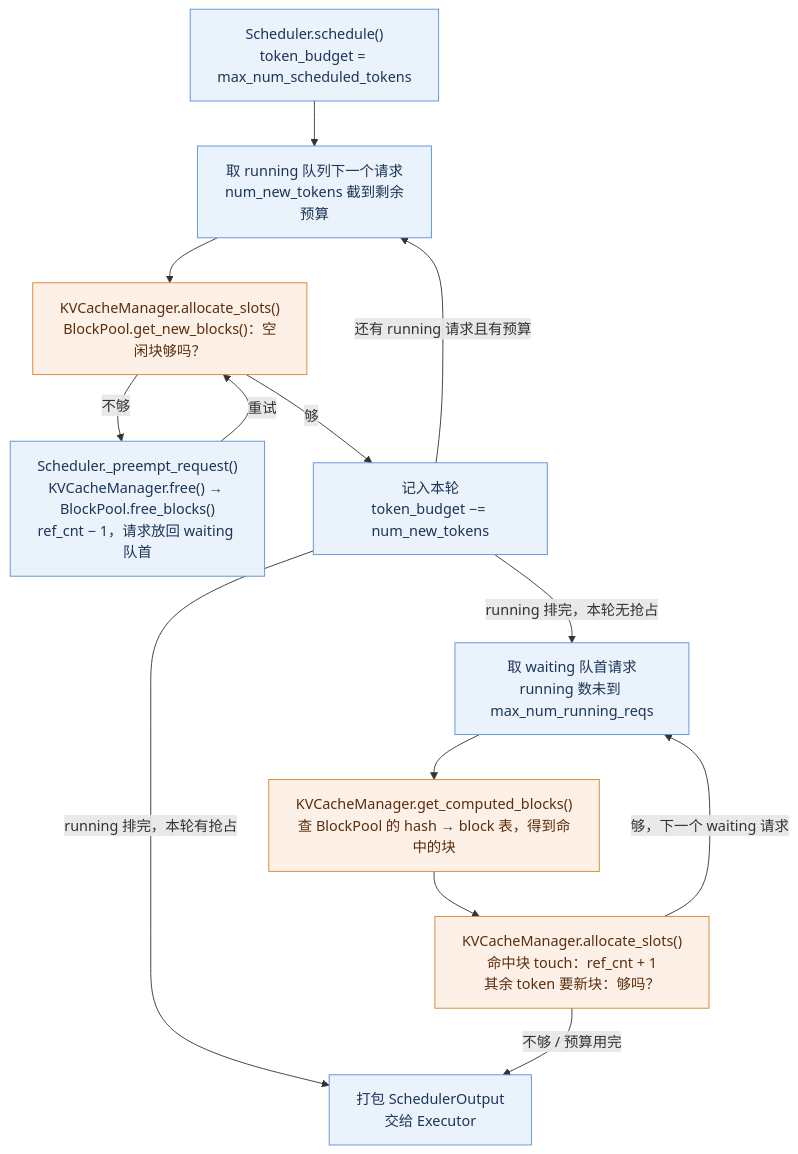
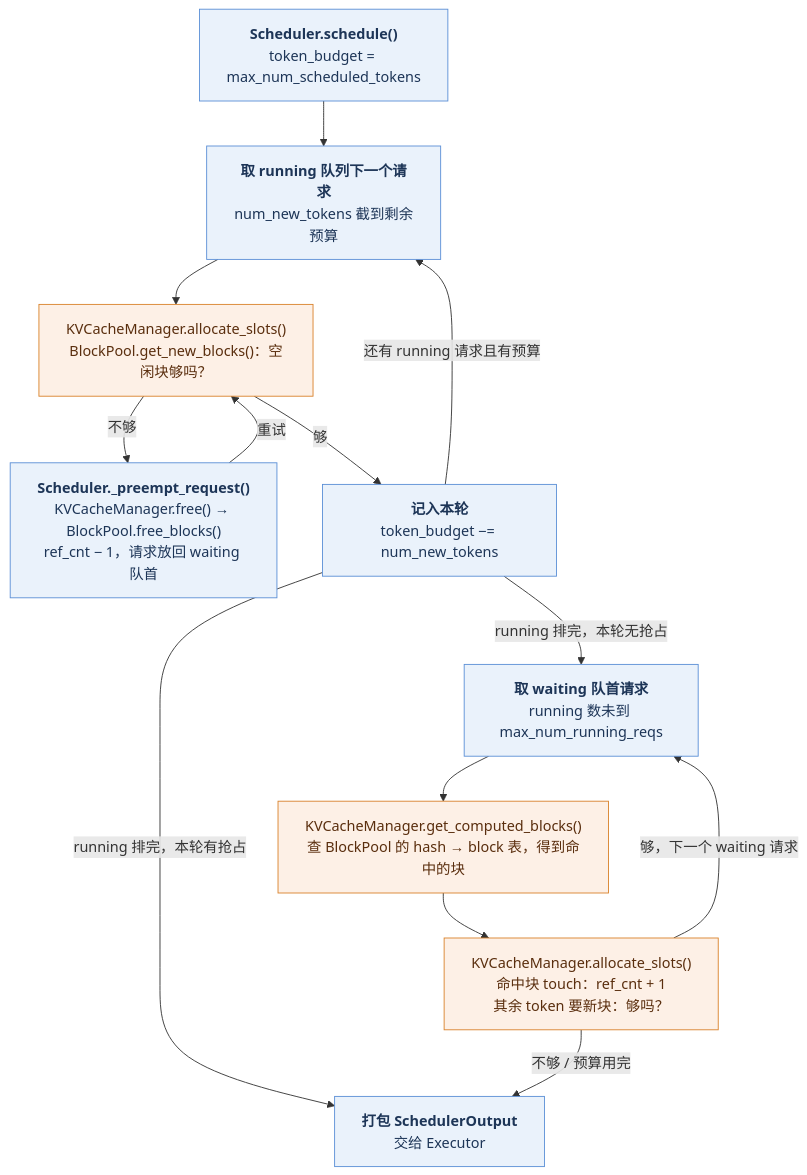
The second of 4 diagrams in _posts/2026-08-14-vllm-request-lifecycle-overview.md (arganzheng/arganzheng.github.com), drawn with Mermaid before and after one commit. The commit also changed other lines of this file and 14 other files, not shown here.

First line of the commit message:
大模型推理系统揭秘：从 vLLM 看 LLM Serving Infra 核心技术：Mermaid 多行方框的首行标为标题（15 篇）

````diff
--- a/_posts/2026-08-14-vllm-request-lifecycle-overview.md
+++ b/_posts/2026-08-14-vllm-request-lifecycle-overview.md
@@ -170,31 +170,31 @@
 ```mermaid
 %% 图：一次 schedule() 里 Scheduler、KVCacheManager 与 BlockPool 的交互：先排 running、块不够就抢占，再接纳 waiting
 flowchart TB
-    S["Scheduler.schedule()<br/>token_budget = max_num_scheduled_tokens"]
-    R["取 running 队列下一个请求<br/>num_new_tokens 截到剩余预算"]
+    S["<b>Scheduler.schedule()</b><br/>token_budget = max_num_scheduled_tokens"]
+    R["<b>取 running 队列下一个请求</b><br/>num_new_tokens 截到剩余预算"]
     A["KVCacheManager.allocate_slots()<br/>BlockPool.get_new_blocks()：空闲块够吗？"]
-    P["Scheduler._preempt_request()<br/>KVCacheManager.free() → BlockPool.free_blocks()<br/>ref_cnt − 1，请求放回 waiting 队首"]
-    OK["记入本轮<br/>token_budget −= num_new_tokens"]
-    W["取 waiting 队首请求<br/>running 数未到 max_num_running_reqs"]
+    P["<b>Scheduler._preempt_request()</b><br/>KVCacheManager.free() → BlockPool.free_blocks()<br/>ref_cnt − 1，请求放回 waiting 队首"]
+    OK["<b>记入本轮</b><br/>token_budget −= num_new_tokens"]
+    W["<b>取 waiting 队首请求</b><br/>running 数未到 max_num_running_reqs"]
     G["KVCacheManager.get_computed_blocks()<br/>查 BlockPool 的 hash → block 表，得到命中的块"]
     A2["KVCacheManager.allocate_slots()<br/>命中块 touch：ref_cnt + 1<br/>其余 token 要新块：够吗？"]
-    OUT["打包 SchedulerOutput<br/>交给 Executor"]
+    OUT["<b>打包 SchedulerOutput</b><br/>交给 Executor"]
 
     S --> R
     R --> A
     A -->|够| OK
     A -->|不够| P
     P -->|重试| A
     OK -->|还有 running 请求且有预算| R
     OK -->|"running 排完，本轮无抢占"| W
     OK -->|"running 排完，本轮有抢占"| OUT
     W --> G
     G --> A2
     A2 -->|够，下一个 waiting 请求| W
     A2 -->|不够 / 预算用完| OUT
 
     classDef sched fill:#eaf2fb,stroke:#5b8fd6,color:#1d3557
     classDef kv fill:#fdf0e6,stroke:#d9822b,color:#5a2e0e
     class S,R,OK,W,OUT,P sched
     class A,G,A2 kv
 ```
````
